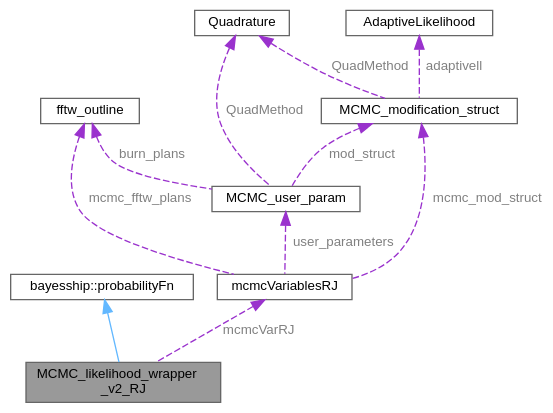
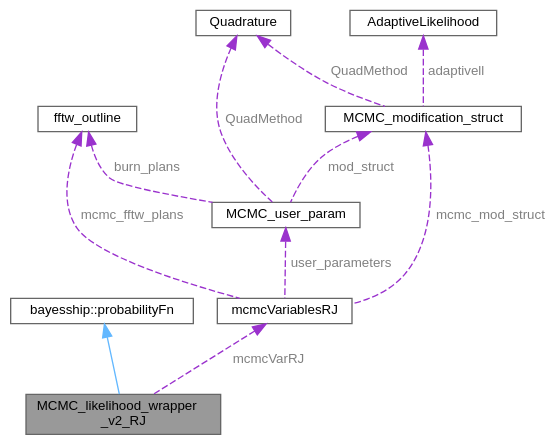
Before and after one commit to bayescollab/gw_analysis_tools: the diagram in classMCMC__likelihood__wrapper__v2__RJ__coll__graph.dot, drawn with Graphviz. The commit also changed 476 other files, not shown here.

```diff
--- a/classMCMC__likelihood__wrapper__v2__RJ__coll__graph.dot
+++ b/classMCMC__likelihood__wrapper__v2__RJ__coll__graph.dot
@@ -1,25 +1,34 @@
 digraph "MCMC_likelihood_wrapper_v2_RJ"
 {
  // LATEX_PDF_SIZE
   bgcolor="transparent";
   edge [fontname=Helvetica,fontsize=10,labelfontname=Helvetica,labelfontsize=10];
   node [fontname=Helvetica,fontsize=10,shape=box,height=0.2,width=0.4];
   Node1 [id="Node000001",label="MCMC_likelihood_wrapper\l_v2_RJ",height=0.2,width=0.4,color="gray40", fillcolor="grey60", style="filled", fontcolor="black",tooltip=" "];
   Node2 -> Node1 [id="edge1_Node000001_Node000002",dir="back",color="steelblue1",style="solid",tooltip=" "];
   Node2 [id="Node000002",label="bayesship::probabilityFn",height=0.2,width=0.4,color="gray40", fillcolor="white", style="filled",tooltip=" "];
-  Node3 -> Node1 [id="edge2_Node000001_Node000003",dir="back",color="darkorchid3",style="dashed",tooltip=" ",label=" mcmcVarRJ",fontcolor="grey" ];
+  Node3 -> Node1 [id="edge2_Node000001_Node000003",dir="back",color="darkorchid3",style="dashed",tooltip=" ",label=<<TABLE CELLBORDER="0" BORDER="0"><TR><TD VALIGN="top" ALIGN="LEFT" CELLPADDING="1" CELLSPACING="0">mcmcVarRJ</TD></TR>
+</TABLE>> ,fontcolor="grey" ];
   Node3 [id="Node000003",label="mcmcVariablesRJ",height=0.2,width=0.4,color="gray40", fillcolor="white", style="filled",URL="$structmcmcVariablesRJ.html",tooltip=" "];
-  Node4 -> Node3 [id="edge3_Node000003_Node000004",dir="back",color="darkorchid3",style="dashed",tooltip=" ",label=" mcmc_fftw_plans",fontcolor="grey" ];
+  Node4 -> Node3 [id="edge3_Node000003_Node000004",dir="back",color="darkorchid3",style="dashed",tooltip=" ",label=<<TABLE CELLBORDER="0" BORDER="0"><TR><TD VALIGN="top" ALIGN="LEFT" CELLPADDING="1" CELLSPACING="0">mcmc_fftw_plans</TD></TR>
+</TABLE>> ,fontcolor="grey" ];
   Node4 [id="Node000004",label="fftw_outline",height=0.2,width=0.4,color="gray40", fillcolor="white", style="filled",URL="$structfftw__outline.html",tooltip=" "];
-  Node5 -> Node3 [id="edge4_Node000003_Node000005",dir="back",color="darkorchid3",style="dashed",tooltip=" ",label=" mcmc_mod_struct",fontcolor="grey" ];
+  Node5 -> Node3 [id="edge4_Node000003_Node000005",dir="back",color="darkorchid3",style="dashed",tooltip=" ",label=<<TABLE CELLBORDER="0" BORDER="0"><TR><TD VALIGN="top" ALIGN="LEFT" CELLPADDING="1" CELLSPACING="0">mcmc_mod_struct</TD></TR>
+</TABLE>> ,fontcolor="grey" ];
   Node5 [id="Node000005",label="MCMC_modification_struct",height=0.2,width=0.4,color="gray40", fillcolor="white", style="filled",URL="$structMCMC__modification__struct.html",tooltip=" "];
-  Node6 -> Node5 [id="edge5_Node000005_Node000006",dir="back",color="darkorchid3",style="dashed",tooltip=" ",label=" QuadMethod",fontcolor="grey" ];
+  Node6 -> Node5 [id="edge5_Node000005_Node000006",dir="back",color="darkorchid3",style="dashed",tooltip=" ",label=<<TABLE CELLBORDER="0" BORDER="0"><TR><TD VALIGN="top" ALIGN="LEFT" CELLPADDING="1" CELLSPACING="0">QuadMethod</TD></TR>
+</TABLE>> ,fontcolor="grey" ];
   Node6 [id="Node000006",label="Quadrature",height=0.2,width=0.4,color="gray40", fillcolor="white", style="filled",URL="$classQuadrature.html",tooltip="Class to evaluate integrals with established spacing and weights."];
-  Node7 -> Node5 [id="edge6_Node000005_Node000007",dir="back",color="darkorchid3",style="dashed",tooltip=" ",label=" adaptivell",fontcolor="grey" ];
+  Node7 -> Node5 [id="edge6_Node000005_Node000007",dir="back",color="darkorchid3",style="dashed",tooltip=" ",label=<<TABLE CELLBORDER="0" BORDER="0"><TR><TD VALIGN="top" ALIGN="LEFT" CELLPADDING="1" CELLSPACING="0">adaptivell</TD></TR>
+</TABLE>> ,fontcolor="grey" ];
   Node7 [id="Node000007",label="AdaptiveLikelihood",height=0.2,width=0.4,color="gray40", fillcolor="white", style="filled",URL="$classAdaptiveLikelihood.html",tooltip=" "];
-  Node8 -> Node3 [id="edge7_Node000003_Node000008",dir="back",color="darkorchid3",style="dashed",tooltip=" ",label=" user_parameters",fontcolor="grey" ];
+  Node8 -> Node3 [id="edge7_Node000003_Node000008",dir="back",color="darkorchid3",style="dashed",tooltip=" ",label=<<TABLE CELLBORDER="0" BORDER="0"><TR><TD VALIGN="top" ALIGN="LEFT" CELLPADDING="1" CELLSPACING="0">user_parameters</TD></TR>
+</TABLE>> ,fontcolor="grey" ];
   Node8 [id="Node000008",label="MCMC_user_param",height=0.2,width=0.4,color="gray40", fillcolor="white", style="filled",URL="$structMCMC__user__param.html",tooltip=" "];
-  Node4 -> Node8 [id="edge8_Node000008_Node000004",dir="back",color="darkorchid3",style="dashed",tooltip=" ",label=" burn_plans",fontcolor="grey" ];
-  Node6 -> Node8 [id="edge9_Node000008_Node000006",dir="back",color="darkorchid3",style="dashed",tooltip=" ",label=" QuadMethod",fontcolor="grey" ];
-  Node5 -> Node8 [id="edge10_Node000008_Node000005",dir="back",color="darkorchid3",style="dashed",tooltip=" ",label=" mod_struct",fontcolor="grey" ];
+  Node4 -> Node8 [id="edge8_Node000008_Node000004",dir="back",color="darkorchid3",style="dashed",tooltip=" ",label=<<TABLE CELLBORDER="0" BORDER="0"><TR><TD VALIGN="top" ALIGN="LEFT" CELLPADDING="1" CELLSPACING="0">burn_plans</TD></TR>
+</TABLE>> ,fontcolor="grey" ];
+  Node6 -> Node8 [id="edge9_Node000008_Node000006",dir="back",color="darkorchid3",style="dashed",tooltip=" ",label=<<TABLE CELLBORDER="0" BORDER="0"><TR><TD VALIGN="top" ALIGN="LEFT" CELLPADDING="1" CELLSPACING="0">QuadMethod</TD></TR>
+</TABLE>> ,fontcolor="grey" ];
+  Node5 -> Node8 [id="edge10_Node000008_Node000005",dir="back",color="darkorchid3",style="dashed",tooltip=" ",label=<<TABLE CELLBORDER="0" BORDER="0"><TR><TD VALIGN="top" ALIGN="LEFT" CELLPADDING="1" CELLSPACING="0">mod_struct</TD></TR>
+</TABLE>> ,fontcolor="grey" ];
 }
```
